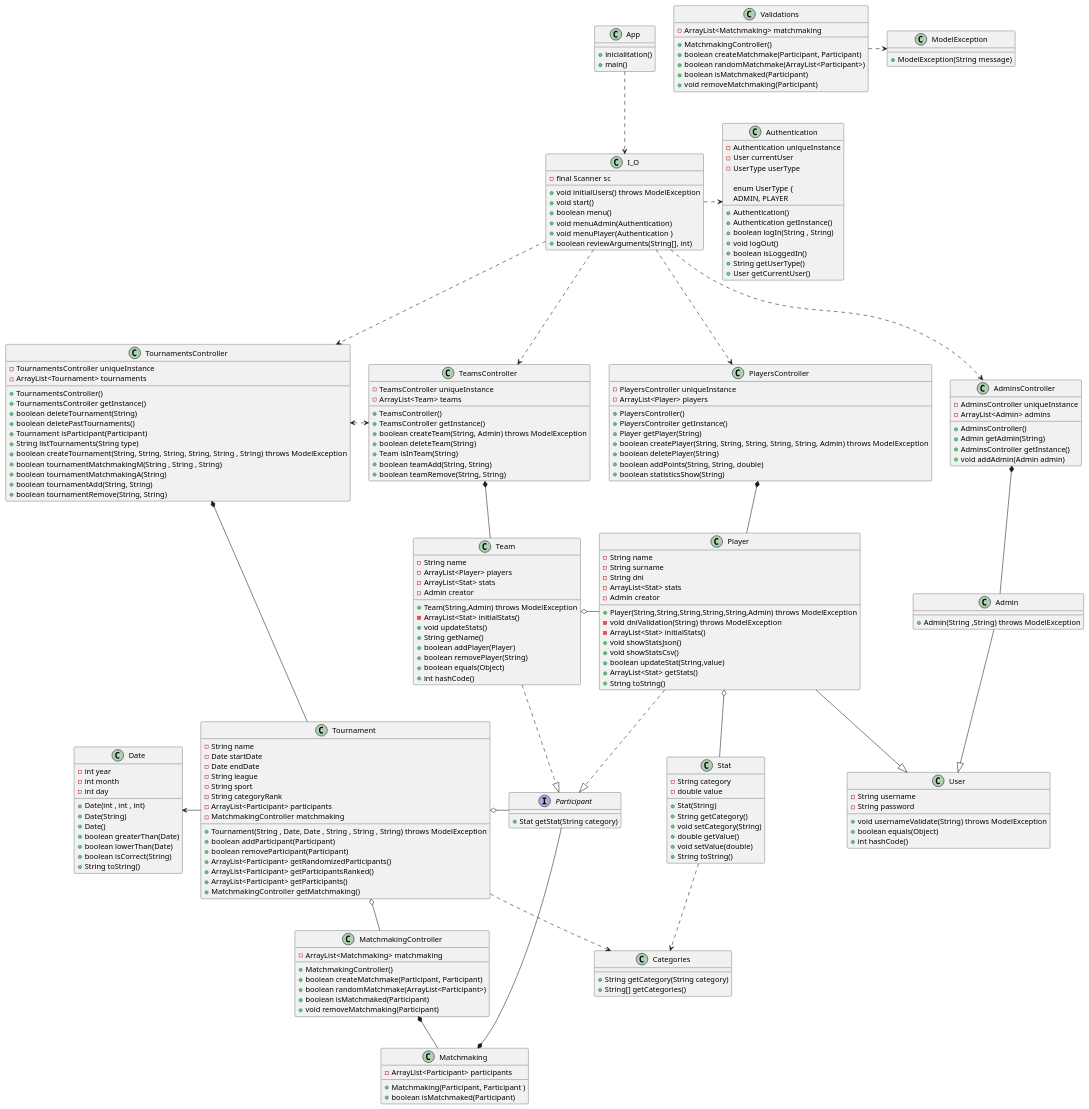
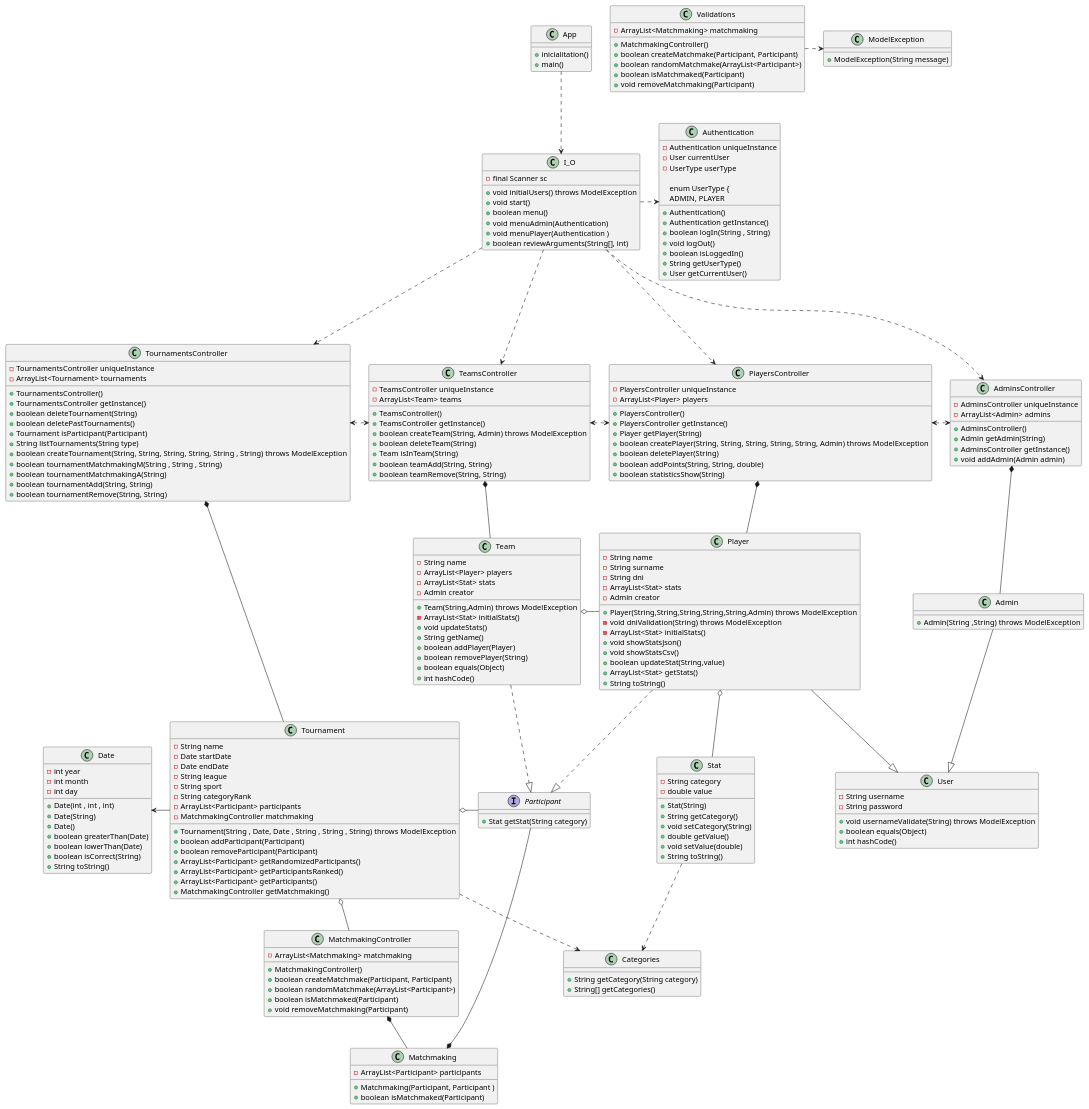
One commit to AlbertoArpa/POO2 changed the diagram in documents/uml.puml. Above: the diagram before and after it, drawn with PlantUML. The commit also changed 2 other files, not shown here.

```diff
--- a/documents/uml.puml
+++ b/documents/uml.puml
@@ -6,6 +6,8 @@
 I_O ...> PlayersController
 I_O ...> AdminsController
 I_O .> Authentication
+TeamsController <.> PlayersController
+PlayersController <.> AdminsController
 TournamentsController <.> TeamsController
 TournamentsController *-- Tournament
 Tournament o-- MatchmakingController
```
